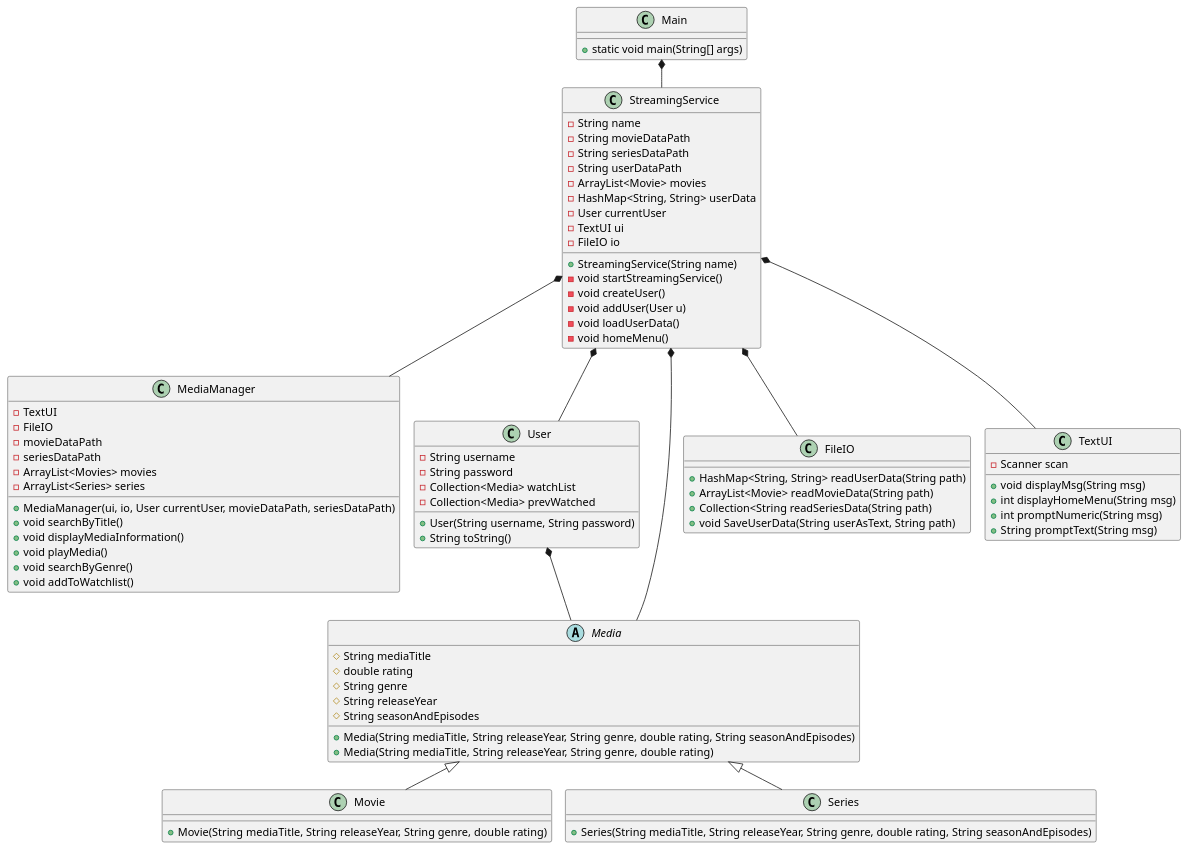
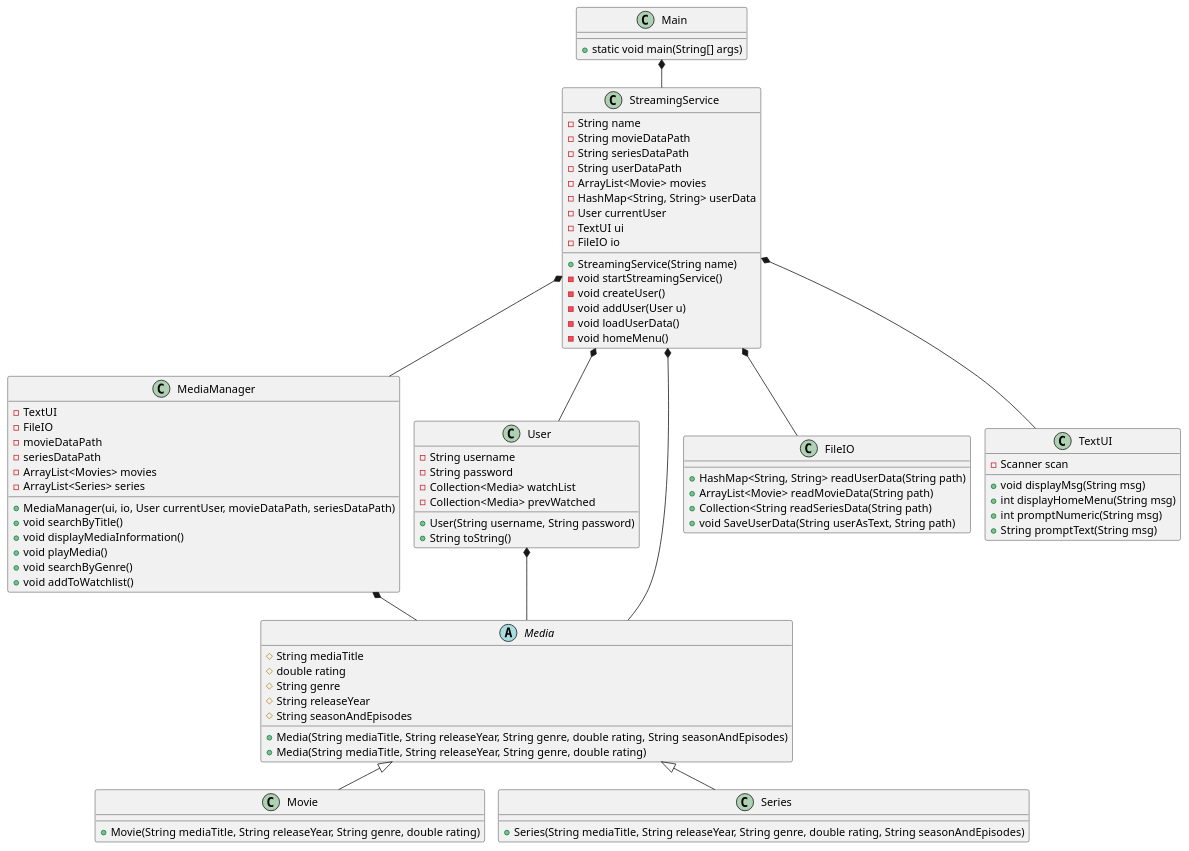
One commit to EmilDagsberg/SP3 changed the diagram in doc/classdiagram/classdiagram_v1.puml. Above: the diagram before and after it, drawn with PlantUML.

Commit message:
class diagram fixed

```diff
--- a/doc/classdiagram/classdiagram_v1.puml
+++ b/doc/classdiagram/classdiagram_v1.puml
@@ -1,102 +1,103 @@
 @startuml
 !pragma layout smetana
 
 class Main {
 + static void main(String[] args)
 }
 
 class StreamingService{
 - String name
 - String movieDataPath
 - String seriesDataPath
 - String userDataPath
 - ArrayList<Movie> movies
 - HashMap<String, String> userData
 - User currentUser
 - TextUI ui
 - FileIO io
 + StreamingService(String name)
 - void startStreamingService()
 - void createUser()
 - void addUser(User u)
 - void loadUserData()
 - void homeMenu()
 
 
 }
 
 class MediaManager {
 - TextUI
 - FileIO
 - movieDataPath
 - seriesDataPath
 - ArrayList<Movies> movies
 - ArrayList<Series> series
 + MediaManager(ui, io, User currentUser, movieDataPath, seriesDataPath)
 + void searchByTitle()
 + void displayMediaInformation()
 + void playMedia()
 + void searchByGenre()
 + void addToWatchlist()
 
 
 }
 
 class User {
 - String username
 - String password
 - Collection<Media> watchList
 - Collection<Media> prevWatched
 + User(String username, String password)
 + String toString()
 
 }
 
 
 abstract class Media{
 # String mediaTitle
 # double rating
 # String genre
 # String releaseYear
 # String seasonAndEpisodes
 +Media(String mediaTitle, String releaseYear, String genre, double rating, String seasonAndEpisodes)
 +Media(String mediaTitle, String releaseYear, String genre, double rating)
 }
 
 class Movie{
 + Movie(String mediaTitle, String releaseYear, String genre, double rating)
 'metode der loader liste over film?
 
 }
 
 class Series{
 +Series(String mediaTitle, String releaseYear, String genre, double rating, String seasonAndEpisodes)
 'metode der loader liste over serier?
 }
 
 class FileIO {
 + HashMap<String, String> readUserData(String path)
 + ArrayList<Movie> readMovieData(String path)
 + Collection<String readSeriesData(String path)
 + void SaveUserData(String userAsText, String path)
 }
 
 class TextUI {
 - Scanner scan
 + void displayMsg(String msg)
 + int displayHomeMenu(String msg)
 + int promptNumeric(String msg)
 + String promptText(String msg)
 
 }
 
 Main *-- StreamingService
 StreamingService *-- MediaManager
+MediaManager *-- Media
 StreamingService *-- User
 StreamingService *-- FileIO
 StreamingService *-- TextUI
 Media <|-- Movie
 Media <|-- Series
 StreamingService *-- Media
 User *-- Media
 @enduml
```
